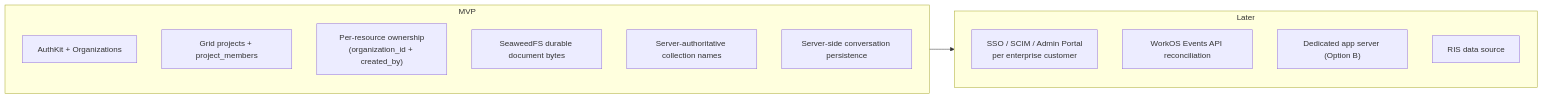
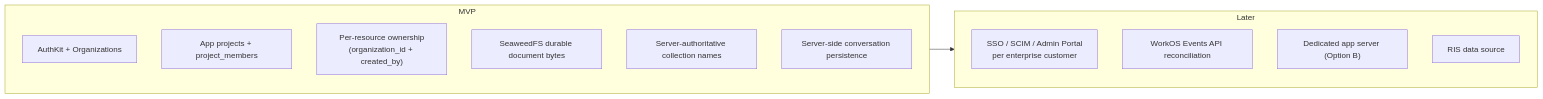
One commit to GRID-check/archos changed diagram 15 of 15 in docs/architecture/multitenancy-and-auth-spec.md. Above: the diagram before and after it, drawn with Mermaid. The commit also changed other lines of this file and 97 other files, not shown here.

````diff
--- a/docs/architecture/multitenancy-and-auth-spec.md
+++ b/docs/architecture/multitenancy-and-auth-spec.md
@@ -798,18 +798,18 @@
 ```mermaid
 flowchart LR
     subgraph MVP["MVP"]
         A1["AuthKit + Organizations"]
-        A2["Grid projects + project_members"]
+        A2["App projects + project_members"]
         A3["Per-resource ownership<br/>(organization_id + created_by)"]
         A4["SeaweedFS durable document bytes"]
         A5["Server-authoritative collection names"]
         A6["Server-side conversation persistence"]
     end
     subgraph Later["Later"]
         B1["SSO / SCIM / Admin Portal<br/>per enterprise customer"]
         B2["WorkOS Events API reconciliation"]
         B3["Dedicated app server (Option B)"]
         B4["RIS data source"]
     end
     MVP --> Later
 ```
````
